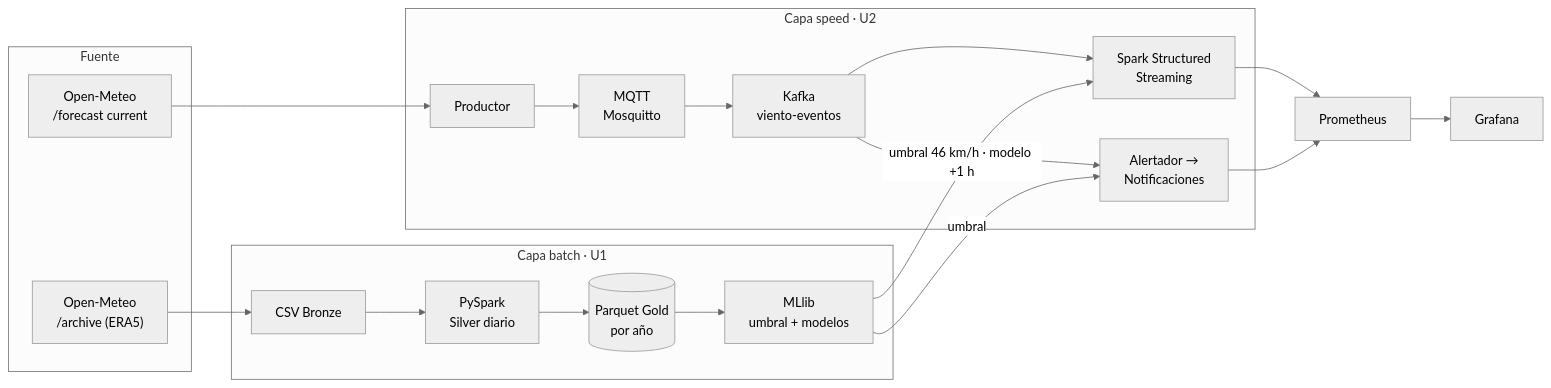
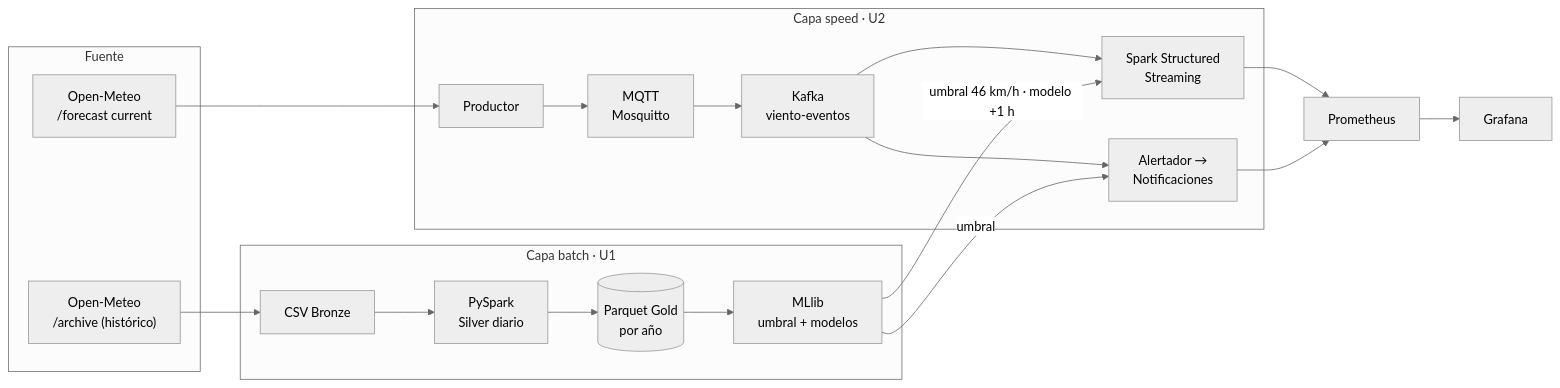
Before and after one commit to kiohunter12/bigdata-viento-nayder: the first of 2 diagrams in docs/brief.md, drawn with Mermaid (neutral theme). The commit also changed other lines of this file and 31 other files, not shown here.

````diff
--- a/docs/brief.md
+++ b/docs/brief.md
@@ -66,20 +66,20 @@
 ```mermaid
 flowchart LR
   subgraph Fuente
-    A1["Open-Meteo<br/>/archive (ERA5)"]
+    A1["Open-Meteo<br/>/archive (histórico)"]
     A2["Open-Meteo<br/>/forecast current"]
   end
   subgraph Batch["Capa batch · U1"]
     B1["CSV Bronze"] --> B2["PySpark<br/>Silver diario"] --> B3[("Parquet Gold<br/>por año")] --> B4["MLlib<br/>umbral + modelos"]
   end
   subgraph Speed["Capa speed · U2"]
     S1["Productor"] --> S2["MQTT<br/>Mosquitto"] --> S3["Kafka<br/>viento-eventos"] --> S4["Spark Structured<br/>Streaming"]
     S3 --> S5["Alertador →<br/>Notificaciones"]
   end
   A1 --> B1
   A2 --> S1
   B4 -- "umbral 46 km/h · modelo +1 h" --> S4
   B4 -- "umbral" --> S5
   S4 --> P["Prometheus"] --> G["Grafana"]
   S5 --> P
 ```
````
